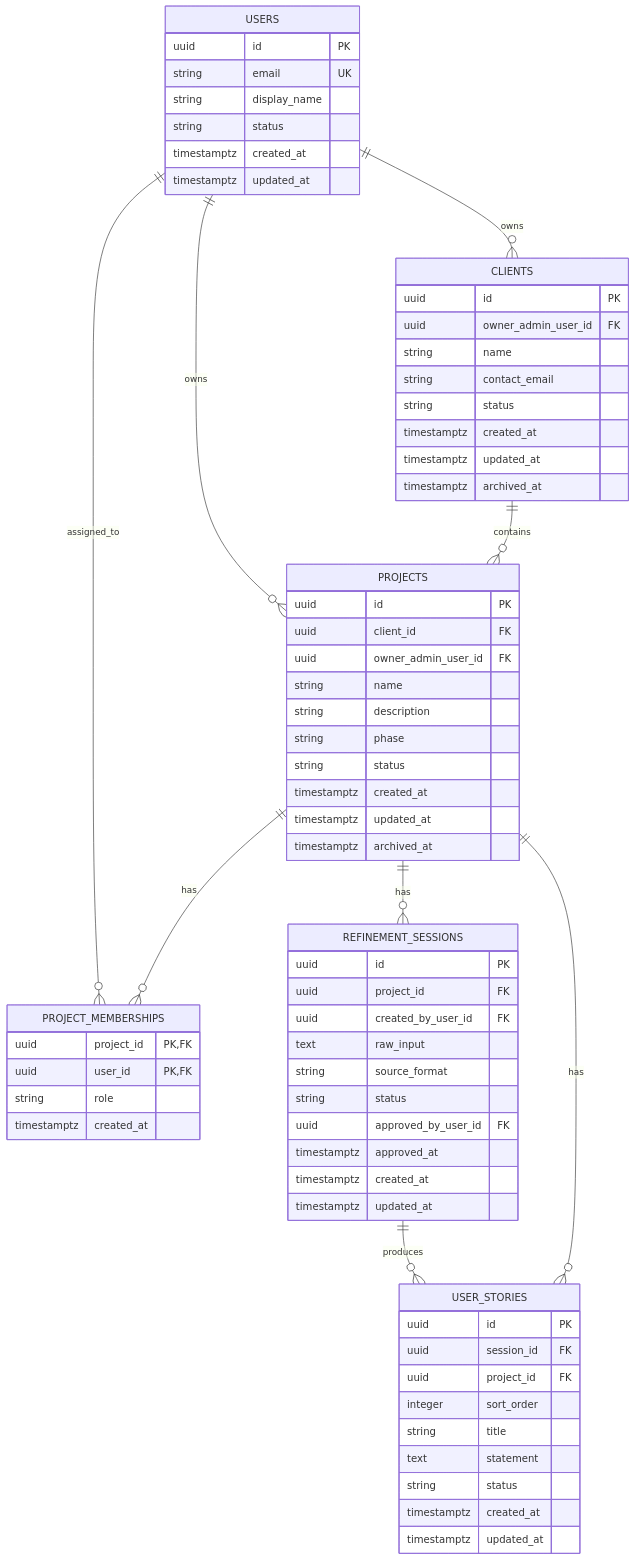
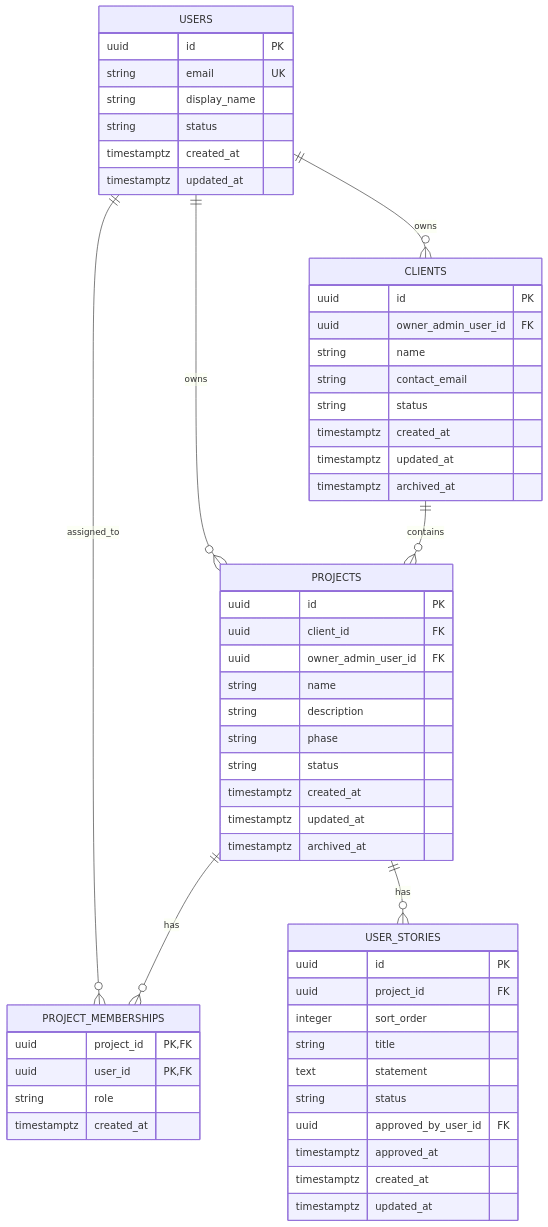
The diagram in docs/04-database/database-design.md (alonsovndev/open-projects-hub-docs), drawn with Mermaid before and after one commit. The commit also changed other lines of this file and 1 other file, not shown here.

Commit message:
docs: remove refinement_sessions

````diff
--- a/docs/04-database/database-design.md
+++ b/docs/04-database/database-design.md
@@ -53,76 +51,62 @@
 ```mermaid
 erDiagram
     USERS ||--o{ CLIENTS : owns
     USERS ||--o{ PROJECTS : owns
     USERS ||--o{ PROJECT_MEMBERSHIPS : assigned_to
     PROJECTS ||--o{ PROJECT_MEMBERSHIPS : has
     CLIENTS ||--o{ PROJECTS : contains
-    PROJECTS ||--o{ REFINEMENT_SESSIONS : has
-    REFINEMENT_SESSIONS ||--o{ USER_STORIES : produces
     PROJECTS ||--o{ USER_STORIES : has
 
     USERS {
         uuid id PK
         string email UK
         string display_name
         string status
         timestamptz created_at
         timestamptz updated_at
     }
 
     CLIENTS {
         uuid id PK
         uuid owner_admin_user_id FK
         string name
         string contact_email
         string status
         timestamptz created_at
         timestamptz updated_at
         timestamptz archived_at
     }
 
     PROJECTS {
         uuid id PK
         uuid client_id FK
         uuid owner_admin_user_id FK
         string name
         string description
         string phase
         string status
         timestamptz created_at
         timestamptz updated_at
         timestamptz archived_at
     }
 
     PROJECT_MEMBERSHIPS {
         uuid project_id PK,FK
         uuid user_id PK,FK
         string role
         timestamptz created_at
     }
 
-    REFINEMENT_SESSIONS {
+    USER_STORIES {
         uuid id PK
         uuid project_id FK
-        uuid created_by_user_id FK
-        text raw_input
-        string source_format
+        integer sort_order
+        string title
+        text statement
         string status
         uuid approved_by_user_id FK
         timestamptz approved_at
         timestamptz created_at
         timestamptz updated_at
     }
-
-    USER_STORIES {
-        uuid id PK
-        uuid session_id FK
-        uuid project_id FK
-        integer sort_order
-        string title
-        text statement
-        string status
-        timestamptz created_at
-        timestamptz updated_at
-    }
 ```
````
